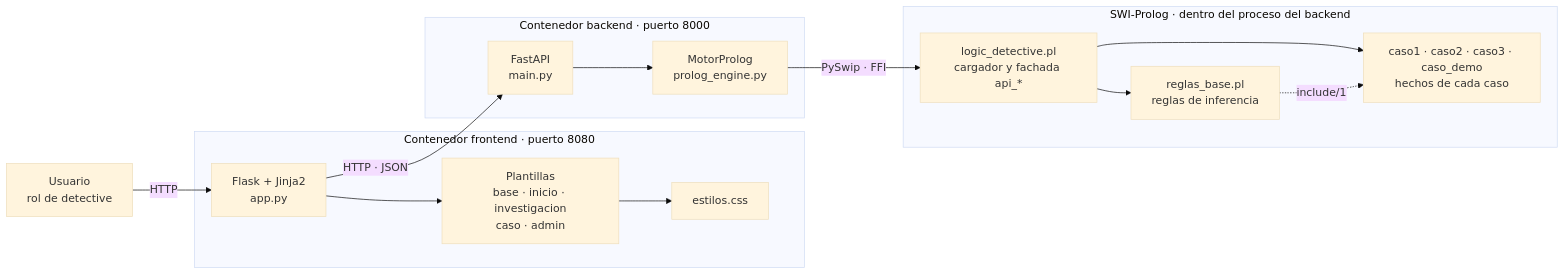
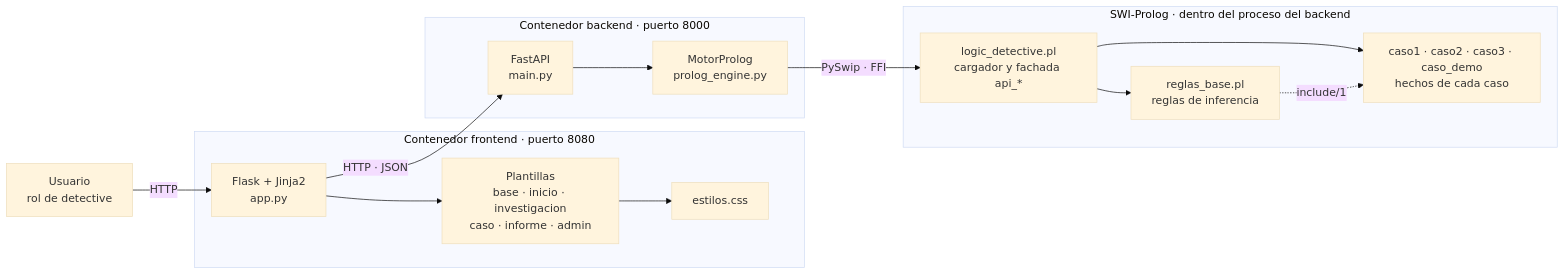
One commit to Alexder14/logic-detective-G15-IA changed the first of 8 diagrams in docs/ARQUITECTURA.md. Above: the diagram before and after it, drawn with Mermaid (base theme). The commit also changed other lines of this file and 2 other files, not shown here.

````diff
--- a/docs/ARQUITECTURA.md
+++ b/docs/ARQUITECTURA.md
@@ -21,31 +21,31 @@
 ```mermaid
 graph LR
     U["Usuario<br/>rol de detective"]
 
     subgraph FE["Contenedor frontend · puerto 8080"]
         F["Flask + Jinja2<br/>app.py"]
-        T["Plantillas<br/>base · inicio · investigacion<br/>caso · admin"]
+        T["Plantillas<br/>base · inicio · investigacion<br/>caso · informe · admin"]
         S["estilos.css"]
     end
 
     subgraph BE["Contenedor backend · puerto 8000"]
         A["FastAPI<br/>main.py"]
         M["MotorProlog<br/>prolog_engine.py"]
     end
 
     subgraph PL["SWI-Prolog · dentro del proceso del backend"]
         L["logic_detective.pl<br/>cargador y fachada api_*"]
         R["reglas_base.pl<br/>reglas de inferencia"]
         K["caso1 · caso2 · caso3 · caso_demo<br/>hechos de cada caso"]
     end
 
     U -->|HTTP| F
     F --> T
     T --> S
     F -->|"HTTP · JSON"| A
     A --> M
     M -->|"PySwip · FFI"| L
     L --> R
     L --> K
     R -.->|"include/1"| K
 ```
````
